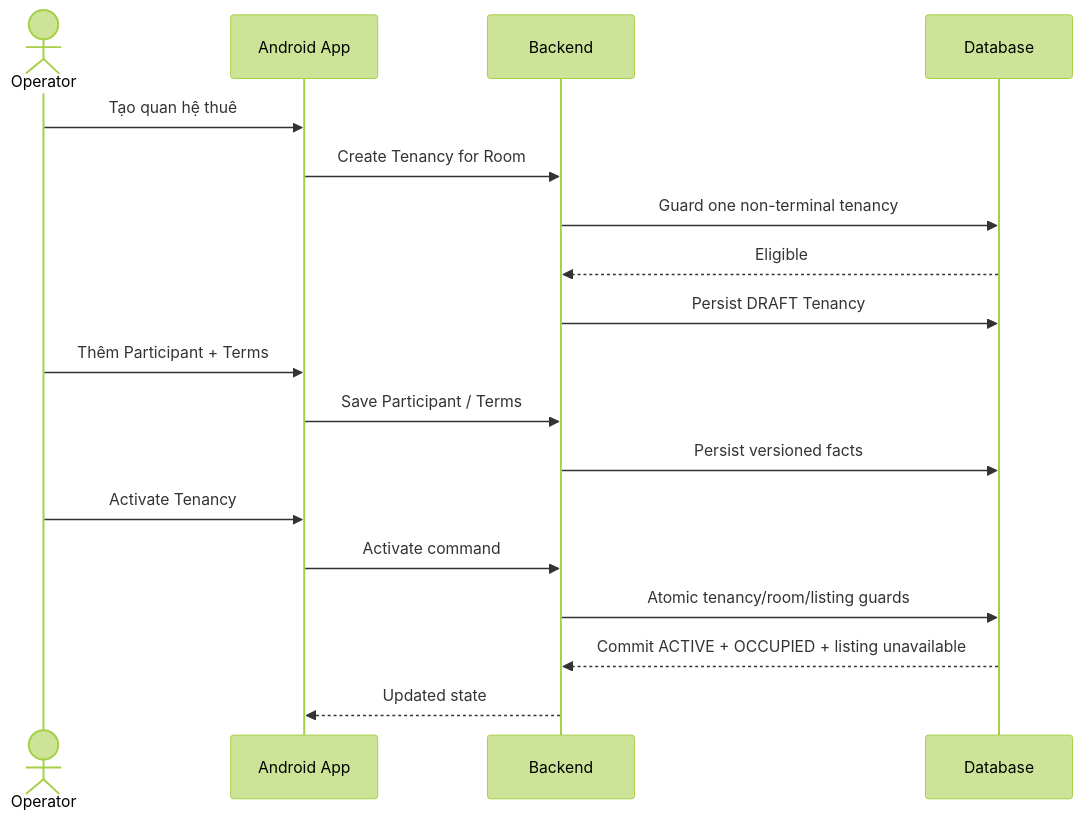
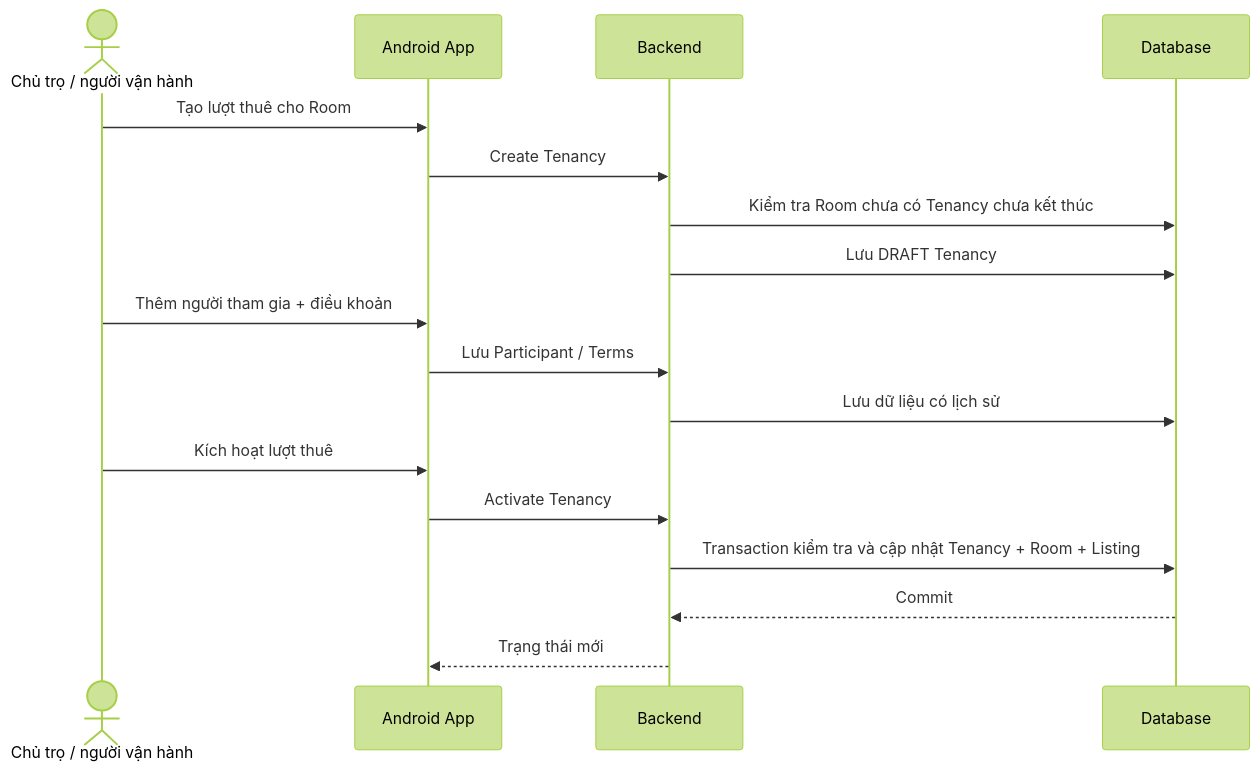
The second of 7 diagrams in docs/contexts/end-to-end-flows.md (Danh20100/moibile_app), drawn with Mermaid (forest theme) before and after one commit. The commit also changed other lines of this file and 9 other files, not shown here.

````diff
--- a/docs/contexts/end-to-end-flows.md
+++ b/docs/contexts/end-to-end-flows.md
@@ -31,21 +30,20 @@
 ```mermaid
 sequenceDiagram
-    actor O as Operator
+    actor O as Chủ trọ / người vận hành
     participant FE as Android App
     participant BE as Backend
     participant DB as Database
 
-    O->>FE: Tạo quan hệ thuê
-    FE->>BE: Create Tenancy for Room
-    BE->>DB: Guard one non-terminal tenancy
-    DB-->>BE: Eligible
-    BE->>DB: Persist DRAFT Tenancy
-    O->>FE: Thêm Participant + Terms
-    FE->>BE: Save Participant / Terms
-    BE->>DB: Persist versioned facts
-    O->>FE: Activate Tenancy
-    FE->>BE: Activate command
-    BE->>DB: Atomic tenancy/room/listing guards
-    DB-->>BE: Commit ACTIVE + OCCUPIED + listing unavailable
-    BE-->>FE: Updated state
+    O->>FE: Tạo lượt thuê cho Room
+    FE->>BE: Create Tenancy
+    BE->>DB: Kiểm tra Room chưa có Tenancy chưa kết thúc
+    BE->>DB: Lưu DRAFT Tenancy
+    O->>FE: Thêm người tham gia + điều khoản
+    FE->>BE: Lưu Participant / Terms
+    BE->>DB: Lưu dữ liệu có lịch sử
+    O->>FE: Kích hoạt lượt thuê
+    FE->>BE: Activate Tenancy
+    BE->>DB: Transaction kiểm tra và cập nhật Tenancy + Room + Listing
+    DB-->>BE: Commit
+    BE-->>FE: Trạng thái mới
 ```
````
